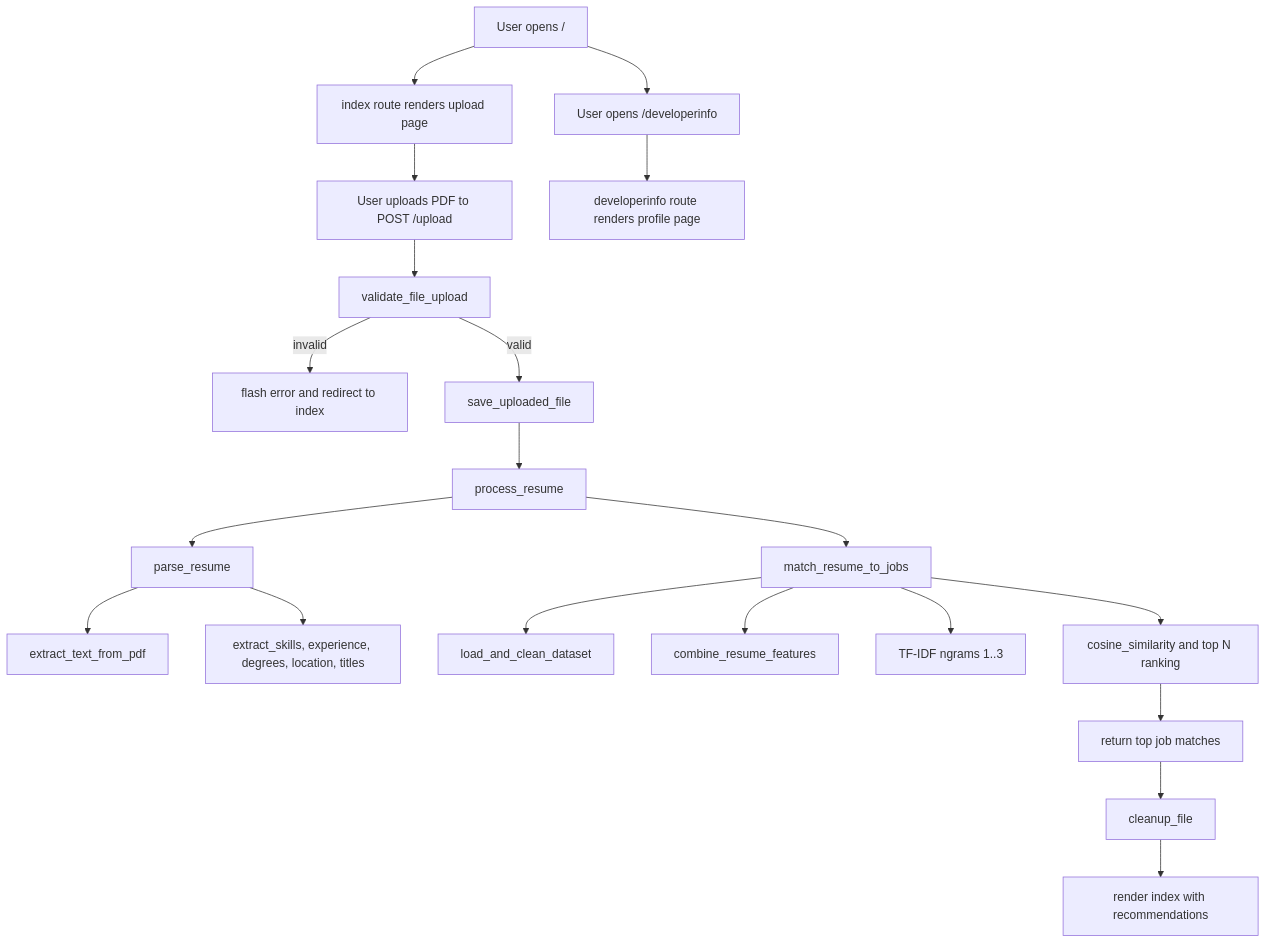
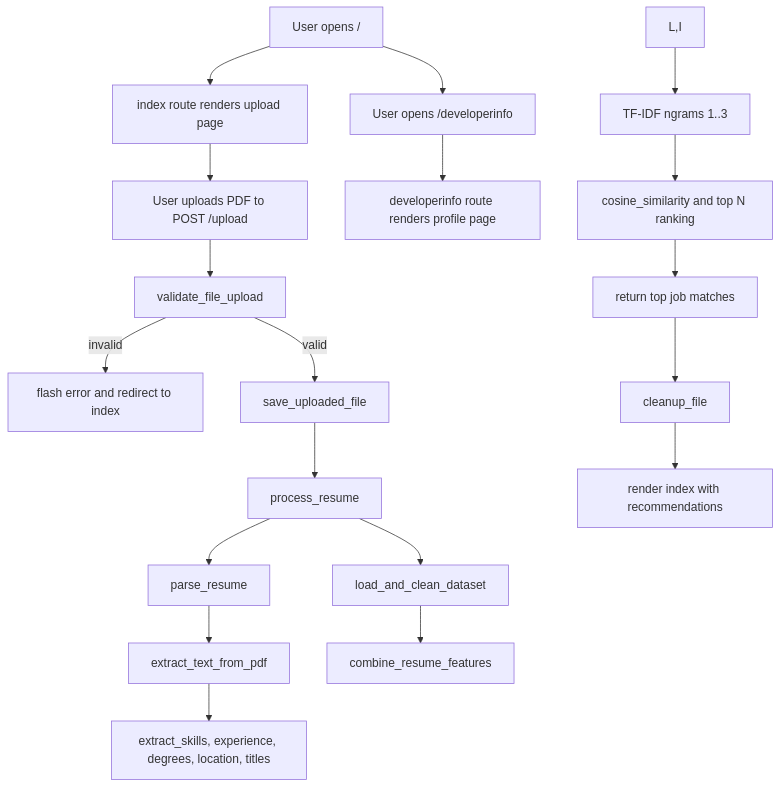
The diagram in README.md (avishek-sarkar/Job-Recommendation-System), drawn with Mermaid before and after one commit. The commit also changed other lines of this file, not shown here.

Commit message:
docs: improve developer info profile display

````diff
--- a/README.md
+++ b/README.md
@@ -50,22 +50,21 @@
 ```mermaid
 flowchart TD
     A[User opens /] --> B[index route renders upload page]
     B --> C[User uploads PDF to POST /upload]
     C --> D[validate_file_upload]
     D -->|invalid| E[flash error and redirect to index]
     D -->|valid| F[save_uploaded_file]
     F --> G[process_resume]
     G --> H[parse_resume]
-    H --> H1[extract_text_from_pdf]
-    H --> H2[extract_skills, experience, degrees, location, titles]
-    G --> I[match_resume_to_jobs]
-    I --> I1[load_and_clean_dataset]
-    I --> I2[combine_resume_features]
-    I --> I3[TF-IDF ngrams 1..3]
-    I --> I4[cosine_similarity and top N ranking]
-    I4 --> J[return top job matches]
-    J --> K[cleanup_file]
-    K --> L[render index with recommendations]
-    A --> M[User opens /developerinfo]
-    M --> N[developerinfo route renders profile page]
+    H --> I[extract_text_from_pdf]
+    I --> J[extract_skills, experience, degrees, location, titles]
+    G --> K[load_and_clean_dataset]
+    K --> L[combine_resume_features]
+    L,I --> M[TF-IDF ngrams 1..3]
+    M --> N[cosine_similarity and top N ranking]
+    N --> O[return top job matches]
+    O --> P[cleanup_file]
+    P --> Q[render index with recommendations]
+    A --> R[User opens /developerinfo]
+    R --> T[developerinfo route renders profile page]
 ```
````
